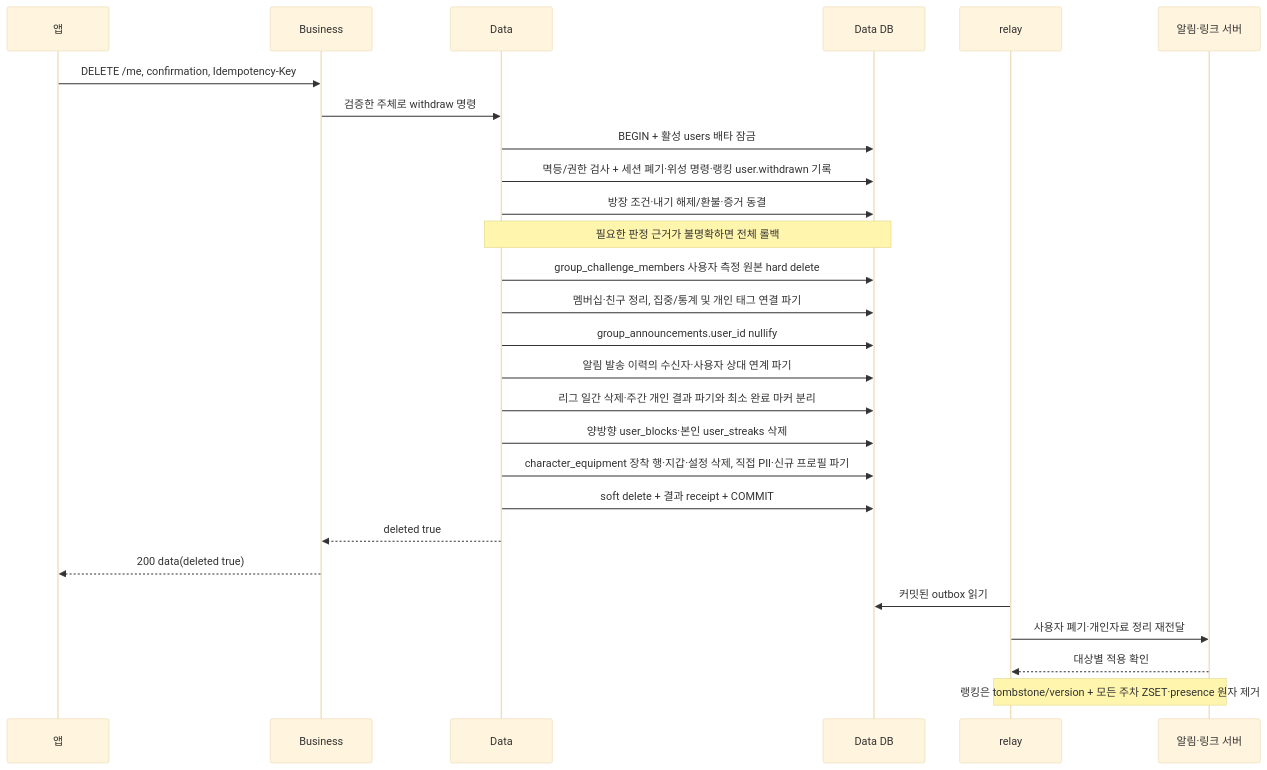
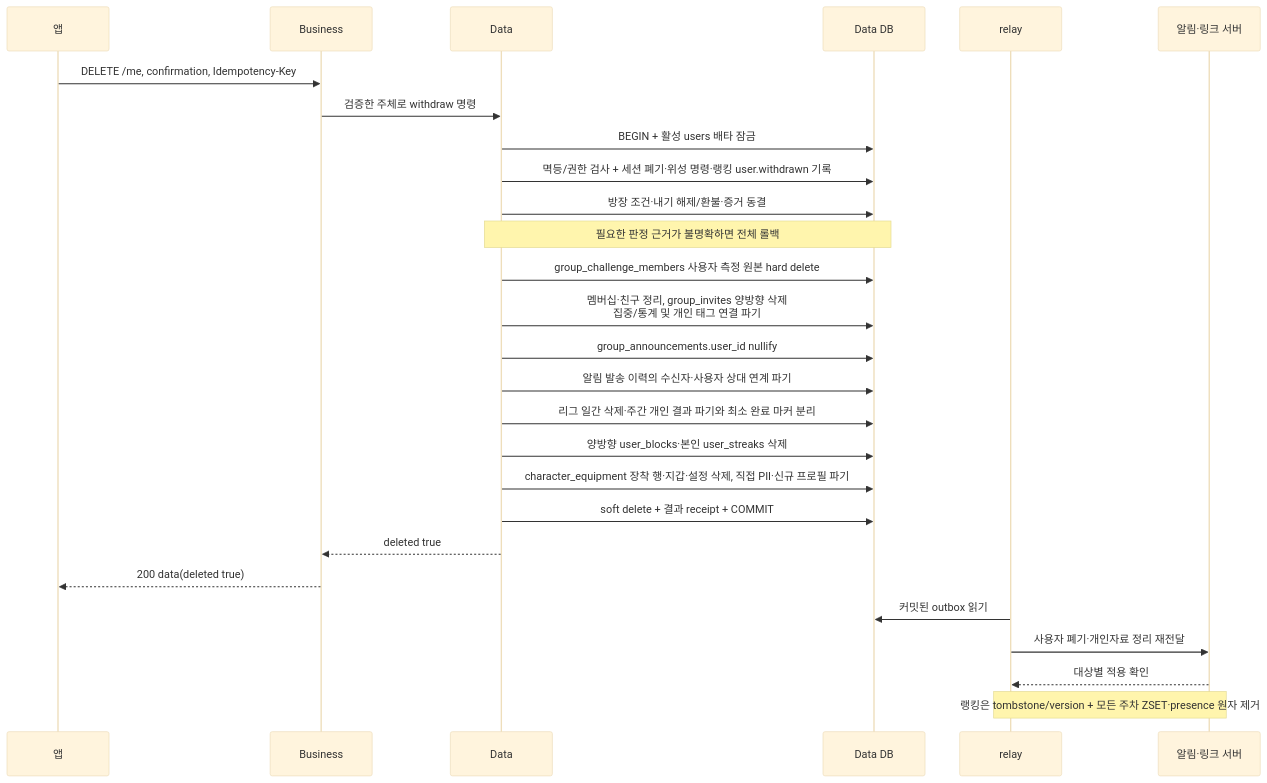
Before and after one commit to OneOrThree/phone: the fourth of 5 diagrams in docs/prd/account/high-level-design.md, drawn with Mermaid (base theme). The commit also changed other lines of this file and 4 other files, not shown here.

````diff
--- a/docs/prd/account/high-level-design.md
+++ b/docs/prd/account/high-level-design.md
@@ -104,29 +104,29 @@
 ```mermaid
 sequenceDiagram
     participant A as 앱
     participant B as Business
     participant D as Data
     participant DB as Data DB
     participant R as relay
     participant S as 알림·링크 서버
     A->>B: DELETE /me, confirmation, Idempotency-Key
     B->>D: 검증한 주체로 withdraw 명령
     D->>DB: BEGIN + 활성 users 배타 잠금
     D->>DB: 멱등/권한 검사 + 세션 폐기·위성 명령·랭킹 user.withdrawn 기록
     D->>DB: 방장 조건·내기 해제/환불·증거 동결
     Note over D,DB: 필요한 판정 근거가 불명확하면 전체 롤백
     D->>DB: group_challenge_members 사용자 측정 원본 hard delete
-    D->>DB: 멤버십·친구 정리, 집중/통계 및 개인 태그 연결 파기
+    D->>DB: 멤버십·친구 정리, group_invites 양방향 삭제<br/>집중/통계 및 개인 태그 연결 파기
     D->>DB: group_announcements.user_id nullify
     D->>DB: 알림 발송 이력의 수신자·사용자 상대 연계 파기
     D->>DB: 리그 일간 삭제·주간 개인 결과 파기와 최소 완료 마커 분리
     D->>DB: 양방향 user_blocks·본인 user_streaks 삭제
     D->>DB: character_equipment 장착 행·지갑·설정 삭제, 직접 PII·신규 프로필 파기
     D->>DB: soft delete + 결과 receipt + COMMIT
     D-->>B: deleted true
     B-->>A: 200 data(deleted true)
     R->>DB: 커밋된 outbox 읽기
     R->>S: 사용자 폐기·개인자료 정리 재전달
     S-->>R: 대상별 적용 확인
     Note over R,S: 랭킹은 tombstone/version + 모든 주차 ZSET·presence 원자 제거
 ```
````
